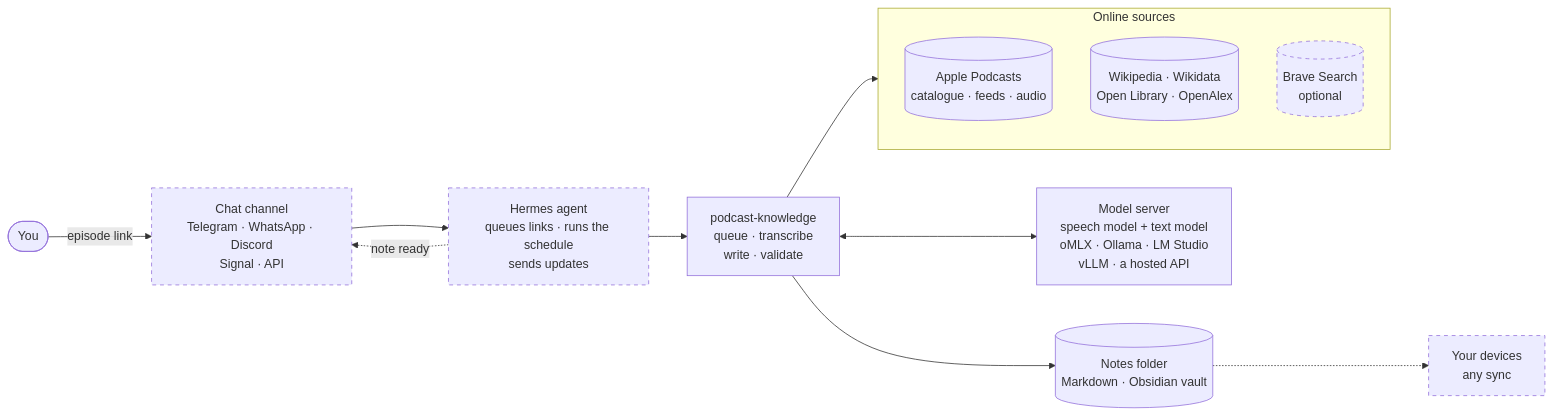
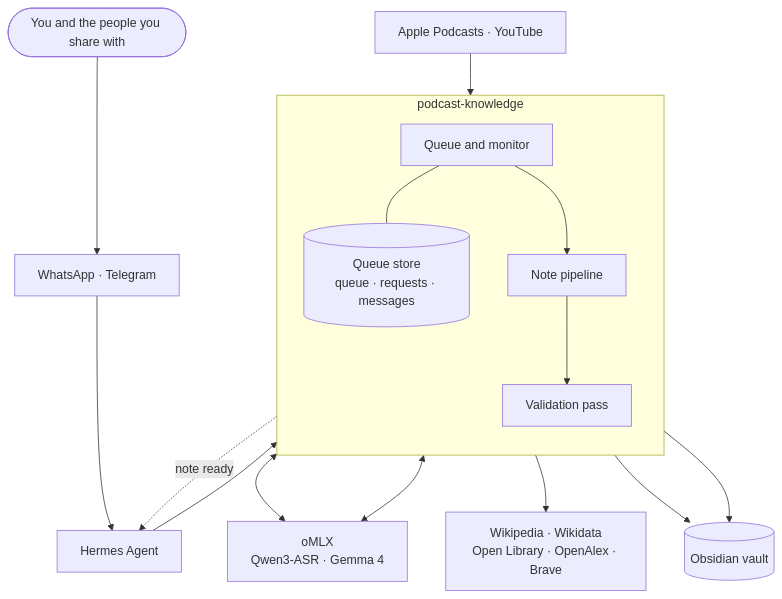
The first of 3 diagrams in README.md (alexgranford/podcast-knowledge), drawn with Mermaid before and after one commit. The commit also changed other lines of this file and 70 other files, not shown here.

First line of the commit message:
podcast-knowledge 6.0

````diff
--- a/README.md
+++ b/README.md
@@ -184,26 +179,28 @@
 ```mermaid
-flowchart LR
-    you(["You"])
-    chat["Chat channel<br/>Telegram · WhatsApp · Discord<br/>Signal · API"]
-    agent["Hermes agent<br/>queues links · runs the schedule<br/>sends updates"]
-    skill["podcast-knowledge<br/>queue · transcribe<br/>write · validate"]
-    models["Model server<br/>speech model + text model<br/>oMLX · Ollama · LM Studio<br/>vLLM · a hosted API"]
-    subgraph online["Online sources"]
+flowchart TB
+    people(["You and the people you share with"])
+    chat["WhatsApp · Telegram"]
+    agent["Hermes Agent"]
+    subgraph skill["podcast-knowledge"]
         direction TB
-        apple[("Apple Podcasts<br/>catalogue · feeds · audio")]
-        refs[("Wikipedia · Wikidata<br/>Open Library · OpenAlex")]
-        brave[("Brave Search<br/>optional")]
+        queue["Queue and monitor"]
+        store[("Queue store<br/>queue · requests · messages")]
+        podnote["Note pipeline"]
+        verify["Validation pass"]
     end
-    notes[("Notes folder<br/>Markdown · Obsidian vault")]
-    devices["Your devices<br/>any sync"]
+    sources["Apple Podcasts · YouTube"]
+    models["oMLX<br/>Qwen3-ASR · Gemma 4"]
+    refs["Wikipedia · Wikidata<br/>Open Library · OpenAlex · Brave"]
+    notes[("Obsidian vault")]
 
-    you -- "episode link" --> chat --> agent --> skill
-    agent -. "note ready" .-> chat
-    skill <--> models
-    skill --> online
-    skill --> notes
-    notes -.-> devices
-
-    classDef optional stroke-dasharray: 5 5
-    class chat,agent,brave,devices optional
+    people --> chat --> agent --> queue
+    queue --- store
+    queue --> podnote --> verify
+    sources --> podnote
+    podnote <--> models
+    verify <--> models
+    verify --> refs
+    podnote --> notes
+    verify --> notes
+    store -. "note ready" .-> agent
 ```
````
